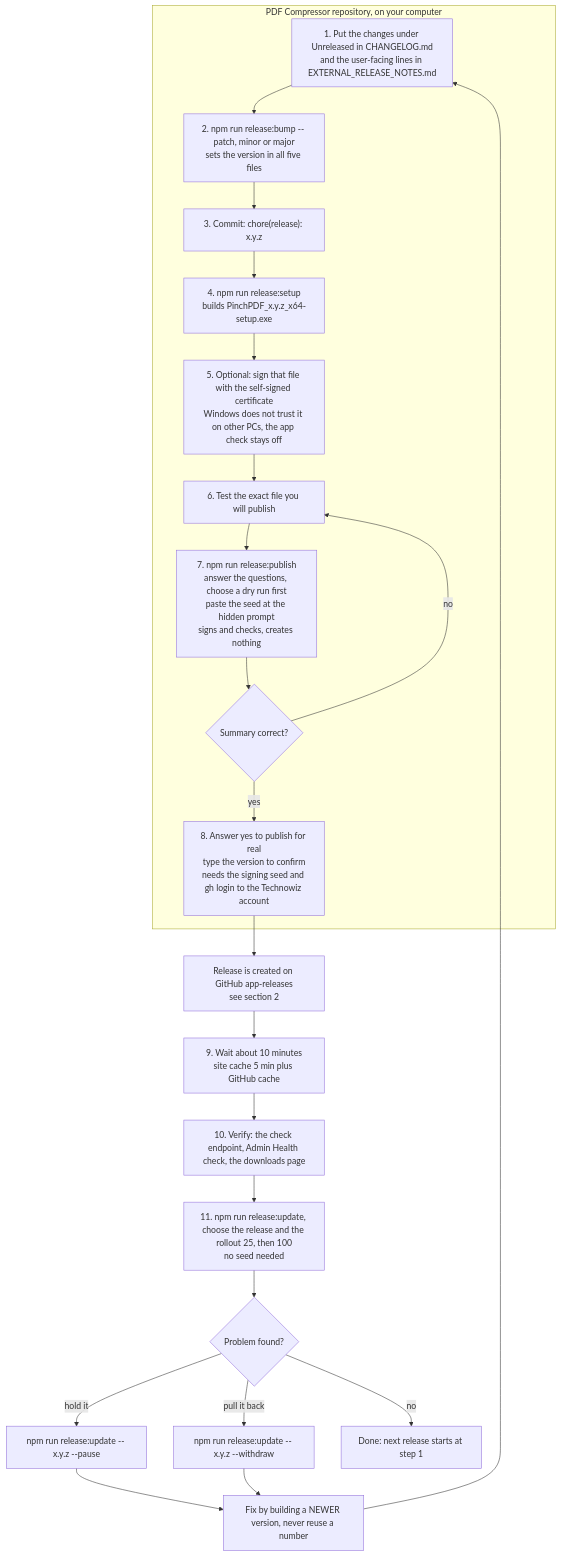
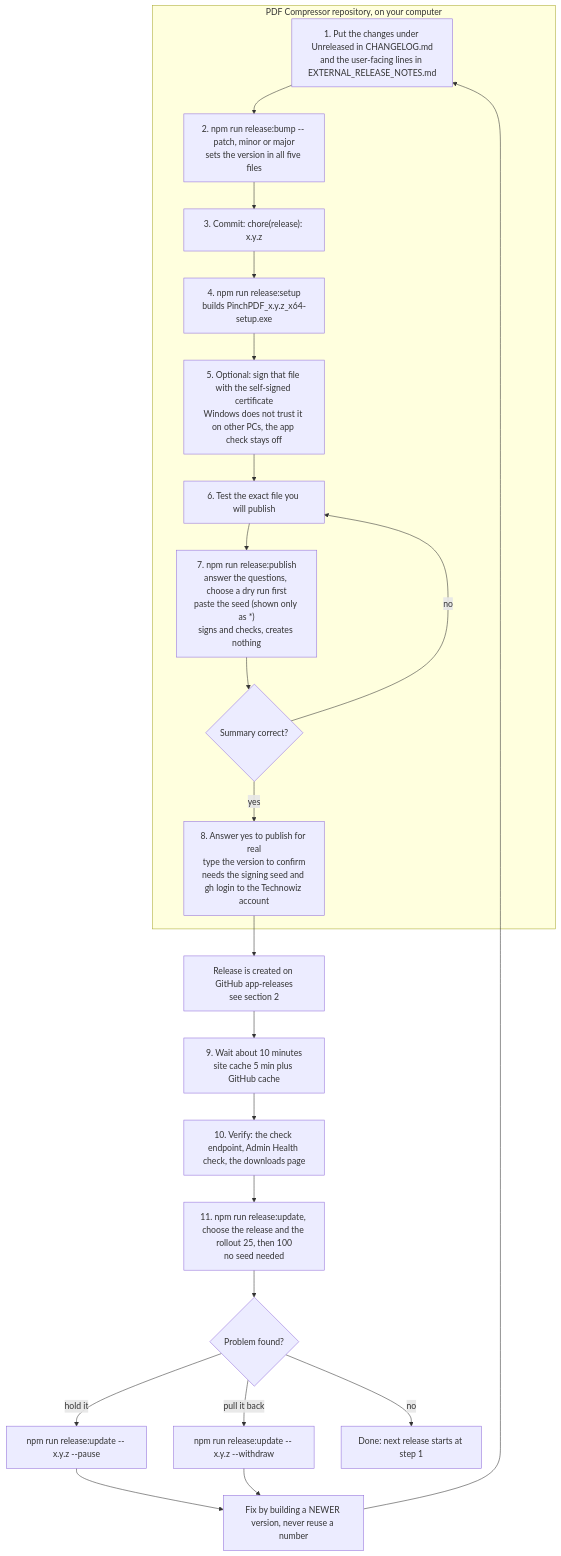
Before and after one commit to technowizsolutionsllp/TWS-Website: the first of 7 diagrams in docs/UPDATE_FLOW.md, drawn with Mermaid. The commit also changed other lines of this file and 8 other files, not shown here.

First line of the commit message:
Seed prompt shows a * per character so a paste can be seen to arrive

````diff
--- a/docs/UPDATE_FLOW.md
+++ b/docs/UPDATE_FLOW.md
@@ -13,25 +13,25 @@
 ```mermaid
 flowchart TD
     subgraph Repo["PDF Compressor repository, on your computer"]
       A["1. Put the changes under Unreleased in CHANGELOG.md<br/>and the user-facing lines in EXTERNAL_RELEASE_NOTES.md"] --> B["2. npm run release:bump -- patch, minor or major<br/>sets the version in all five files"]
       B --> C["3. Commit: chore(release): x.y.z"]
       C --> D["4. npm run release:setup<br/>builds PinchPDF_x.y.z_x64-setup.exe"]
       D --> E["5. Optional: sign that file with the self-signed certificate<br/>Windows does not trust it on other PCs, the app check stays off"]
       E --> F["6. Test the exact file you will publish"]
-      F --> G["7. npm run release:publish<br/>answer the questions, choose a dry run first<br/>paste the seed at the hidden prompt<br/>signs and checks, creates nothing"]
+      F --> G["7. npm run release:publish<br/>answer the questions, choose a dry run first<br/>paste the seed (shown only as *)<br/>signs and checks, creates nothing"]
       G --> H{"Summary correct?"}
       H -- "no" --> F
       H -- "yes" --> I["8. Answer yes to publish for real<br/>type the version to confirm<br/>needs the signing seed and gh login to the Technowiz account"]
     end
     I --> J["Release is created on GitHub app-releases<br/>see section 2"]
     J --> K["9. Wait about 10 minutes<br/>site cache 5 min plus GitHub cache"]
     K --> L["10. Verify: the check endpoint, Admin Health check, the downloads page"]
     L --> M["11. npm run release:update, choose the release and the rollout 25, then 100<br/>no seed needed"]
     M --> N{"Problem found?"}
     N -- "hold it" --> O["npm run release:update -- x.y.z --pause"]
     N -- "pull it back" --> P["npm run release:update -- x.y.z --withdraw"]
     N -- "no" --> R["Done: next release starts at step 1"]
     O --> Q["Fix by building a NEWER version, never reuse a number"]
     P --> Q
     Q --> A
 ```
````
